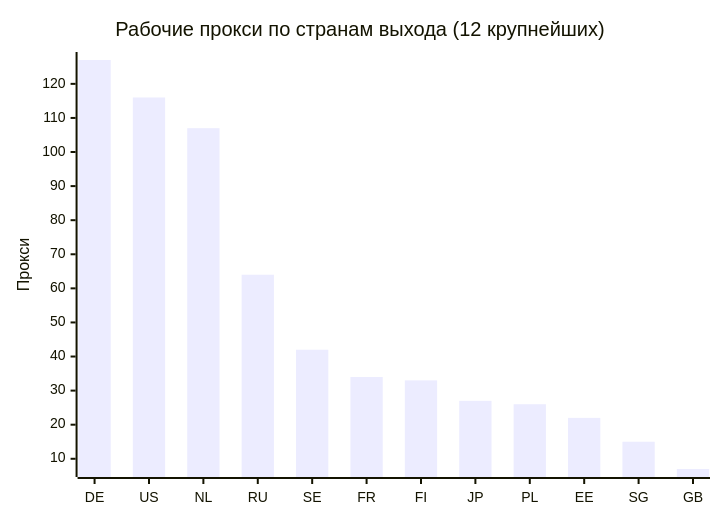
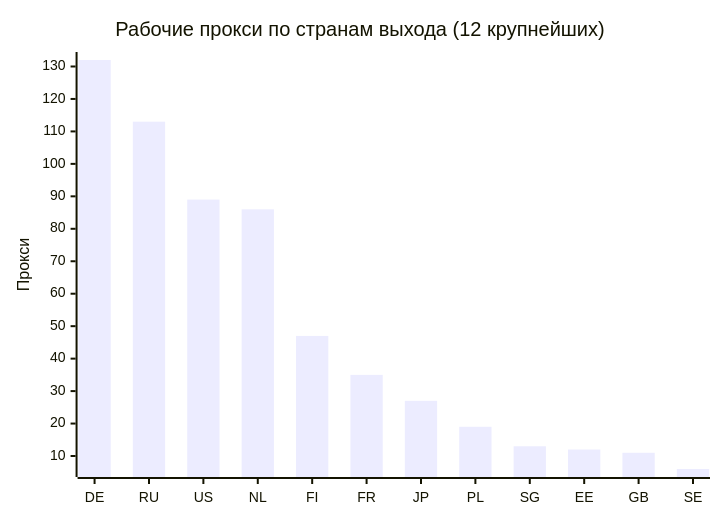
Before and after one commit to rvvg/proxy-subs: the second of 4 diagrams in README.md, drawn with Mermaid. The commit also changed other lines of this file and 48 other files, not shown here.

````diff
--- a/README.md
+++ b/README.md
@@ -125,7 +126,7 @@
 ```mermaid
 xychart-beta
     title "Рабочие прокси по странам выхода (12 крупнейших)"
-    x-axis ["DE", "US", "NL", "RU", "SE", "FR", "FI", "JP", "PL", "EE", "SG", "GB"]
+    x-axis ["DE", "RU", "US", "NL", "FI", "FR", "JP", "PL", "SG", "EE", "GB", "SE"]
     y-axis "Прокси"
-    bar [127, 116, 107, 64, 42, 34, 33, 27, 26, 22, 15, 7]
+    bar [132, 113, 89, 86, 47, 35, 27, 19, 13, 12, 11, 6]
 ```
````
